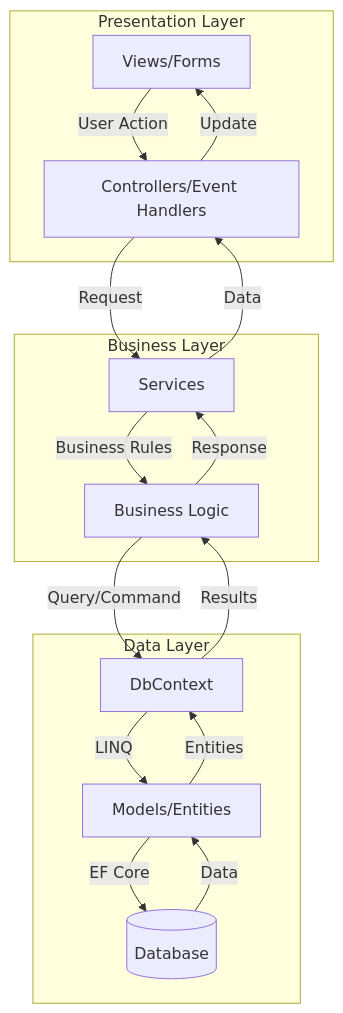
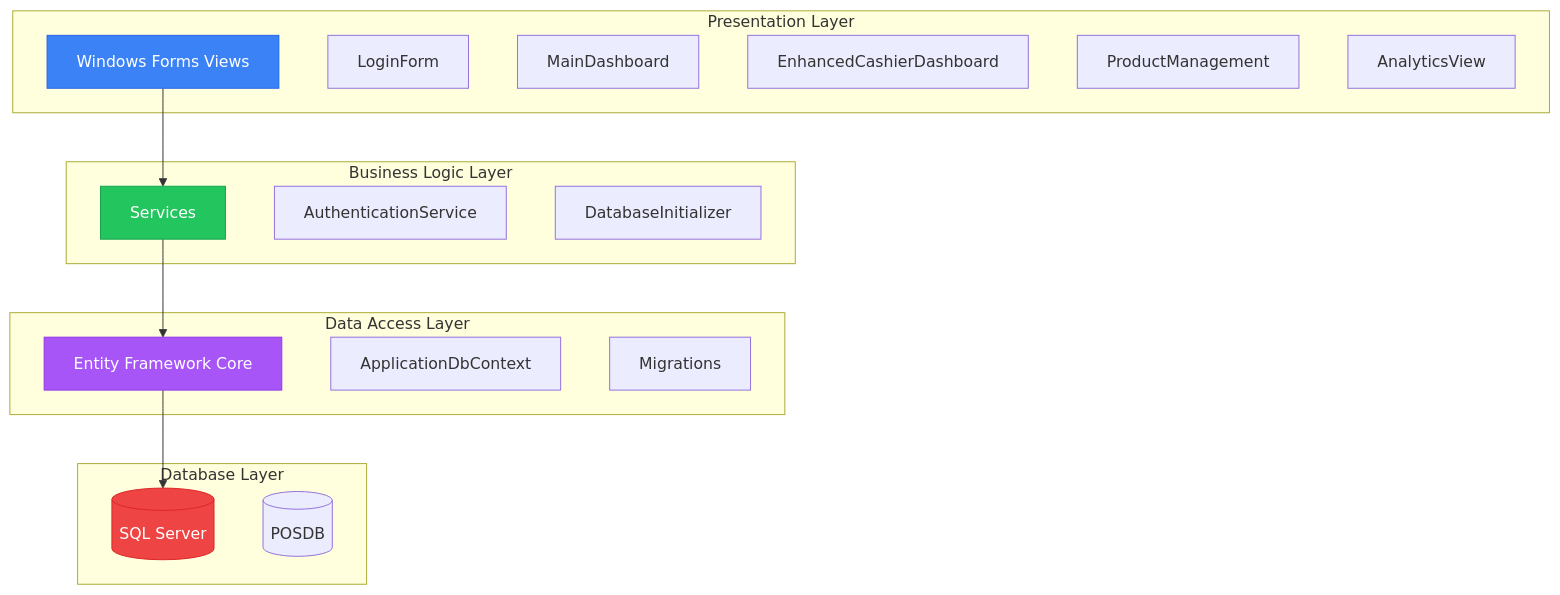
Before and after one commit to EIRSVi/Sync-Verse-Studio: the second of 11 diagrams in README.md, drawn with Mermaid. The commit also changed other lines of this file and 7 other files, not shown here.

````diff
--- a/README.md
+++ b/README.md
@@ -219,31 +218,37 @@
 ```mermaid
 graph TB
     subgraph "Presentation Layer"
-        V[Views/Forms]
-        C[Controllers/Event Handlers]
+        A[Windows Forms Views]
+        A1[LoginForm]
+        A2[MainDashboard]
+        A3[EnhancedCashierDashboard]
+        A4[ProductManagement]
+        A5[AnalyticsView]
     end
-
-    subgraph "Business Layer"
-        S[Services]
-        BL[Business Logic]
+    
+    subgraph "Business Logic Layer"
+        B[Services]
+        B1[AuthenticationService]
+        B2[DatabaseInitializer]
     end
-
-    subgraph "Data Layer"
-        M[Models/Entities]
-        DB[(Database)]
-        CTX[DbContext]
+    
+    subgraph "Data Access Layer"
+        C[Entity Framework Core]
+        C1[ApplicationDbContext]
+        C2[Migrations]
     end
-
-    V -->|User Action| C
-    C -->|Request| S
-    S -->|Business Rules| BL
-    BL -->|Query/Command| CTX
-    CTX -->|LINQ| M
-    M -->|EF Core| DB
-    DB -->|Data| M
-    M -->|Entities| CTX
-    CTX -->|Results| BL
-    BL -->|Response| S
-    S -->|Data| C
-    C -->|Update| V
+    
+    subgraph "Database Layer"
+        D[(SQL Server)]
+        D1[(POSDB)]
+    end
+    
+    A --> B
+    B --> C
+    C --> D
+    
+    style A fill:#3B82F6,stroke:#2563EB,color:#fff
+    style B fill:#22C55E,stroke:#16A34A,color:#fff
+    style C fill:#A855F7,stroke:#9333EA,color:#fff
+    style D fill:#EF4444,stroke:#DC2626,color:#fff
 ```
````
